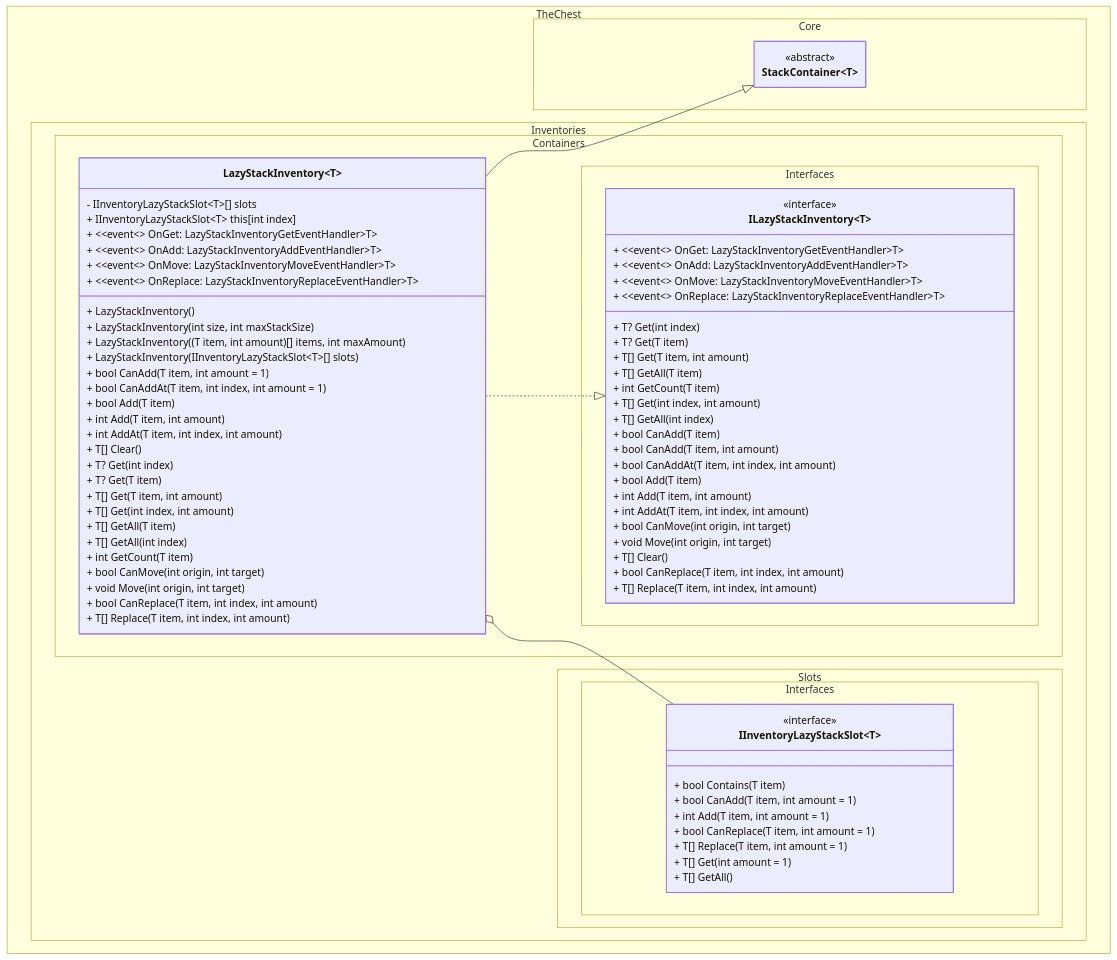
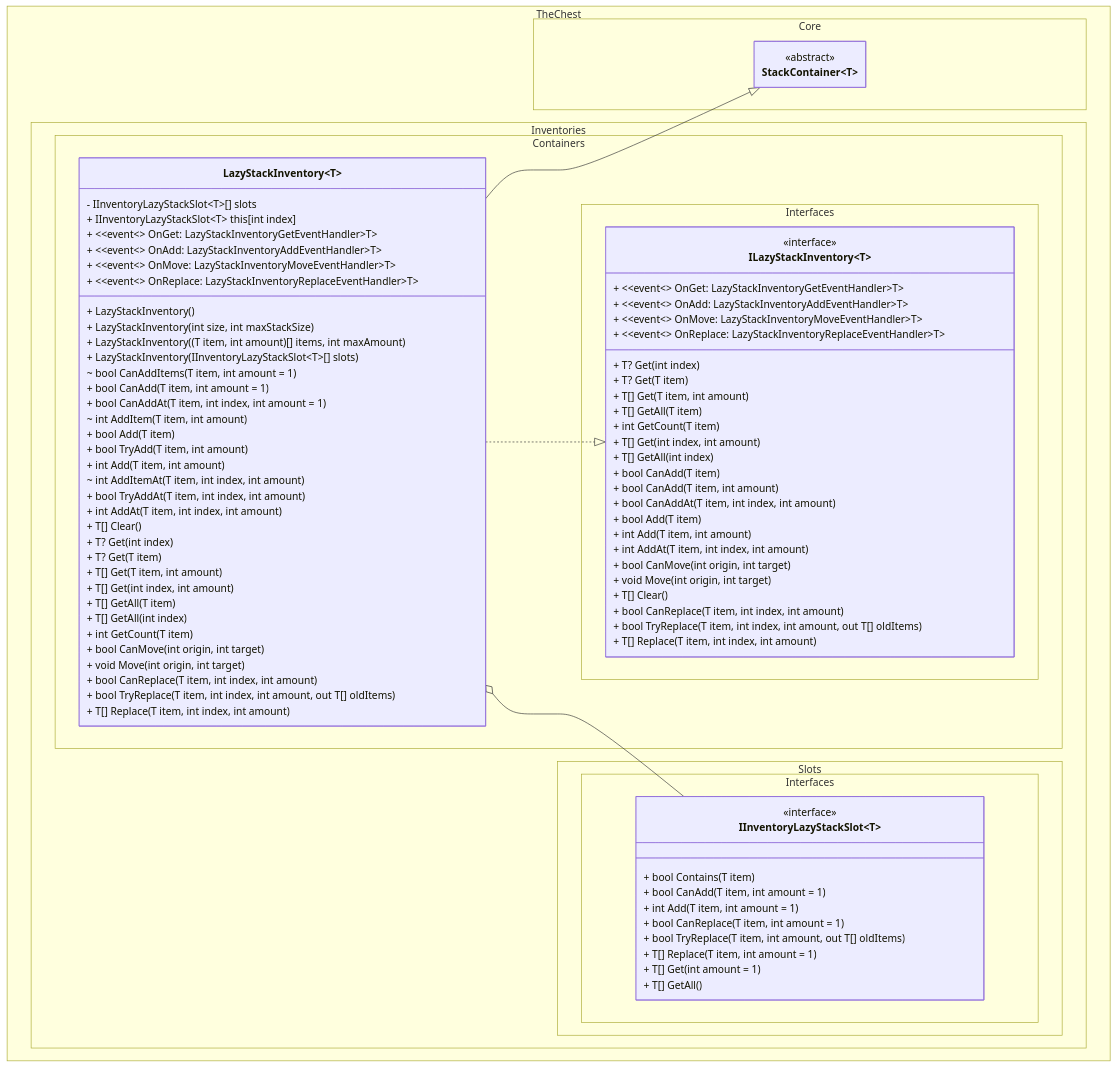
Before and after one commit to The-Chest/TheChest.Inventories: the first of 2 diagrams in docs/lazy_stack_inventory/class_diagram.md, drawn with Mermaid. The commit also changed other lines of this file and 12 other files, not shown here.

First line of the commit message:
Adds TryReplace to LazyStackInventory

```diff
--- a/docs/lazy_stack_inventory/class_diagram.md
+++ b/docs/lazy_stack_inventory/class_diagram.md
@@ -33,11 +33,17 @@
 	    + ~~event~~ OnMove: LazyStackInventoryMoveEventHandler~T~ 
 	    + ~~event~~ OnReplace: LazyStackInventoryReplaceEventHandler~T~ 
 
+        ~ bool CanAddItems(T item, int amount = 1)
         + bool CanAdd(T item, int amount = 1)
         + bool CanAddAt(T item, int index, int amount = 1)
 
+        ~ int AddItem(T item, int amount)
         + bool Add(T item)
+        + bool TryAdd(T item, int amount)
         + int Add(T item, int amount)
+
+        ~ int AddItemAt(T item, int index, int amount)
+        + bool TryAddAt(T item, int index, int amount)
         + int AddAt(T item, int index, int amount)
 
         + T[] Clear()
@@ -55,6 +61,7 @@
         + void Move(int origin, int target)
 
         + bool CanReplace(T item, int index, int amount)
+        + bool TryReplace(T item, int index, int amount, out T[] oldItems)
         + T[] Replace(T item, int index, int amount)
     }
 }
@@ -67,6 +74,7 @@
         + int Add(T item, int amount = 1)
 
         + bool CanReplace(T item, int amount = 1)
+        + bool TryReplace(T item, int amount, out T[] oldItems)
         + T[] Replace(T item, int amount = 1)
         
         + T[] Get(int amount = 1)
@@ -105,6 +113,7 @@
         + T[] Clear()
         
         + bool CanReplace(T item, int index, int amount)
+        + bool TryReplace(T item, int index, int amount, out T[] oldItems)
         + T[] Replace(T item, int index, int amount)
     }
 }
```
